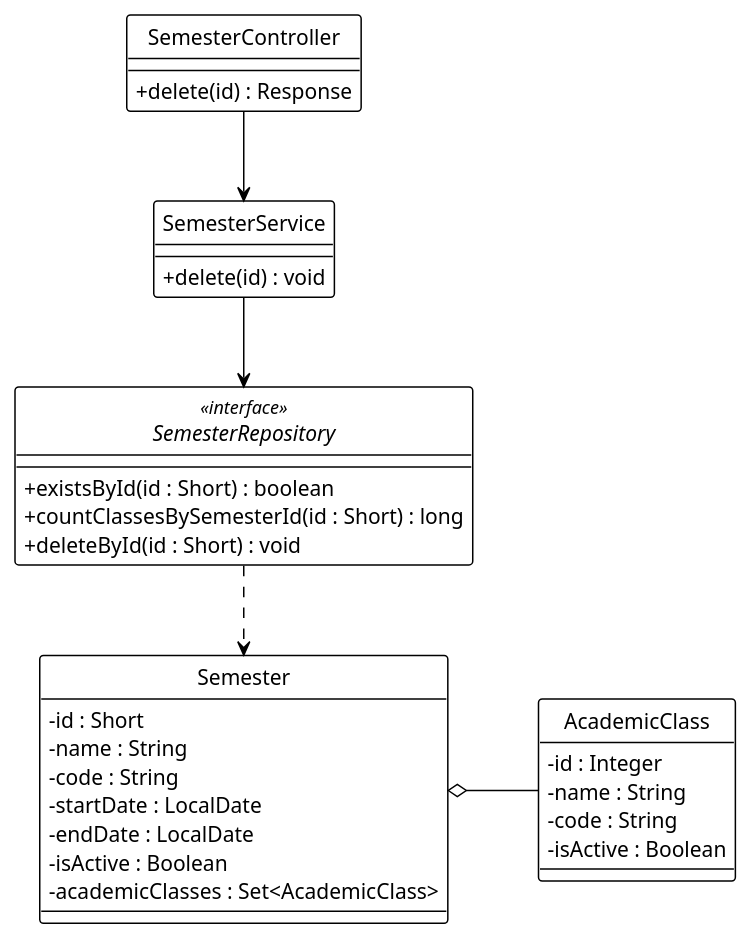
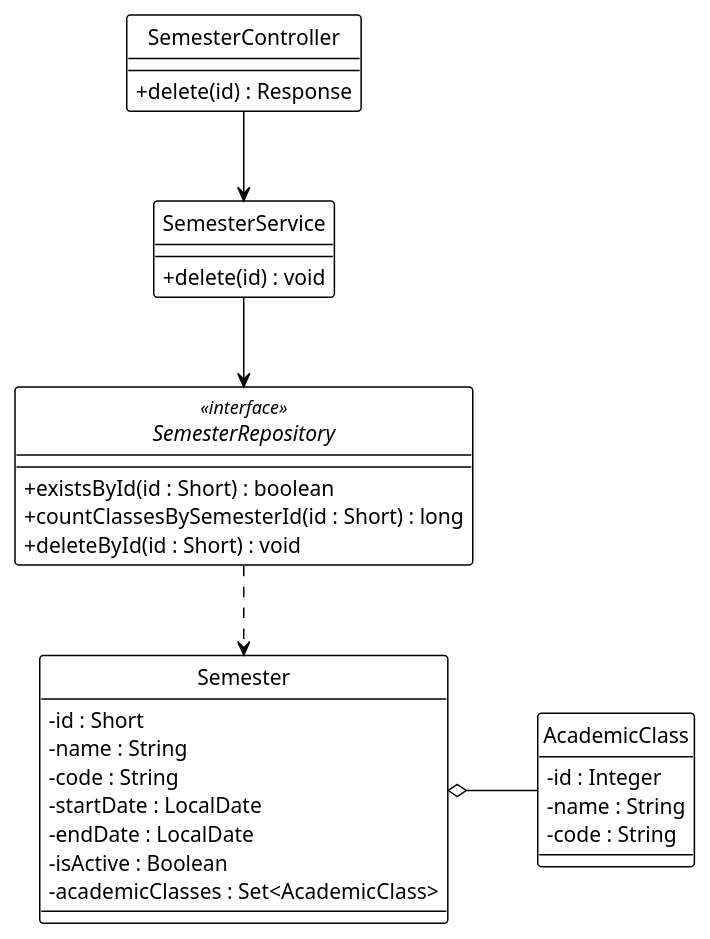
One commit to Ndh474/context changed the diagram in system_detailed_design/09_delete_semester/class_diagram_delete_semester.puml. Above: the diagram before and after it, drawn with PlantUML. The commit also changed 23 other files, not shown here.

```diff
--- a/system_detailed_design/09_delete_semester/class_diagram_delete_semester.puml
+++ b/system_detailed_design/09_delete_semester/class_diagram_delete_semester.puml
@@ -1,56 +1,55 @@
 @startuml delete_semester
 !theme plain
 hide circle
 skinparam classAttributeIconSize 0
 
 ' --- CẤU HÌNH "ORTHO" (BẮT BUỘC) ---
 skinparam linetype ortho
 skinparam nodesep 60
 skinparam ranksep 60
 
 ' --- CONTROLLER ---
 class SemesterController {
   + delete(id) : Response
 }
 
 ' --- SERVICE ---
 class SemesterService {
   + delete(id) : void
 }
 
 ' --- REPOSITORY ---
 interface SemesterRepository <<interface>> {
   + existsById(id : Short) : boolean
   + countClassesBySemesterId(id : Short) : long
   + deleteById(id : Short) : void
 }
 
 ' --- ENTITIES ---
 class Semester {
   - id : Short
   - name : String
   - code : String
   - startDate : LocalDate
   - endDate : LocalDate
   - isActive : Boolean
   - academicClasses : Set<AcademicClass>
 }
 
 class AcademicClass {
   - id : Integer
   - name : String
   - code : String
-  - isActive : Boolean
 }
 
 ' --- DEPENDENCY INJECTION (Association) ---
 SemesterController -down-> SemesterService
 SemesterService -down-> SemesterRepository
 
 ' --- REPOSITORY USAGE (Dependency) ---
 SemesterRepository .down.> Semester
 
 ' --- ENTITY RELATIONSHIPS (Aggregation) ---
 Semester o-right- AcademicClass
 
 @enduml
```
